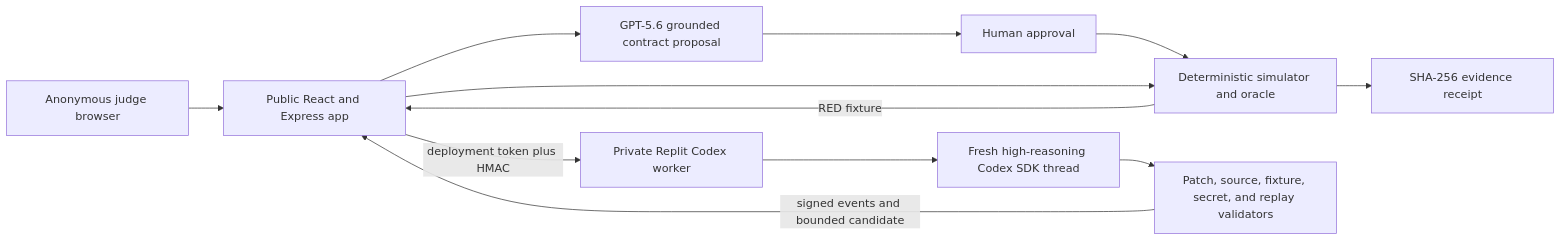
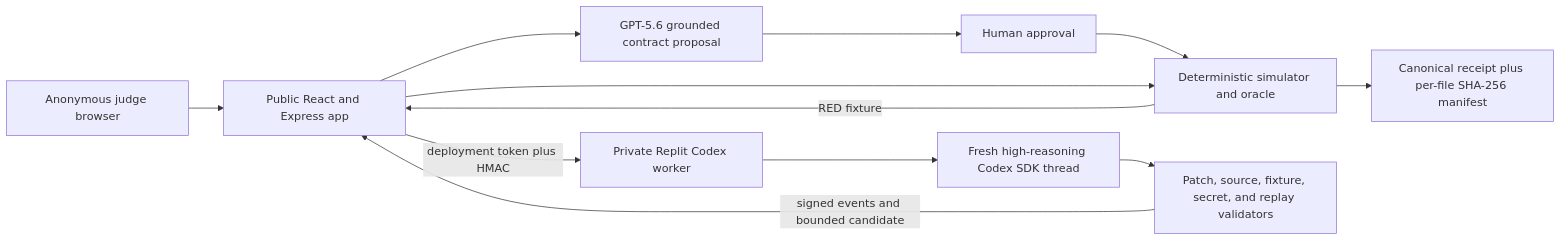
The diagram in README.md (marmar9615-cloud/RetryProof-Build-Week-2026), drawn with Mermaid before and after one commit. The commit also changed other lines of this file and 14 other files, not shown here.

````diff
--- a/README.md
+++ b/README.md
@@ -36,14 +41,14 @@
 ```mermaid
 flowchart LR
     B["Anonymous judge browser"] --> P["Public React and Express app"]
     P --> G["GPT-5.6 grounded contract proposal"]
     G --> H["Human approval"]
     H --> S["Deterministic simulator and oracle"]
     S -->|"RED fixture"| P
     P -->|"deployment token plus HMAC"| W["Private Replit Codex worker"]
     W --> C["Fresh high-reasoning Codex SDK thread"]
     C --> V["Patch, source, fixture, secret, and replay validators"]
     V -->|"signed events and bounded candidate"| P
     P --> S
-    S --> E["SHA-256 evidence receipt"]
+    S --> E["Canonical receipt plus per-file SHA-256 manifest"]
 ```
````
